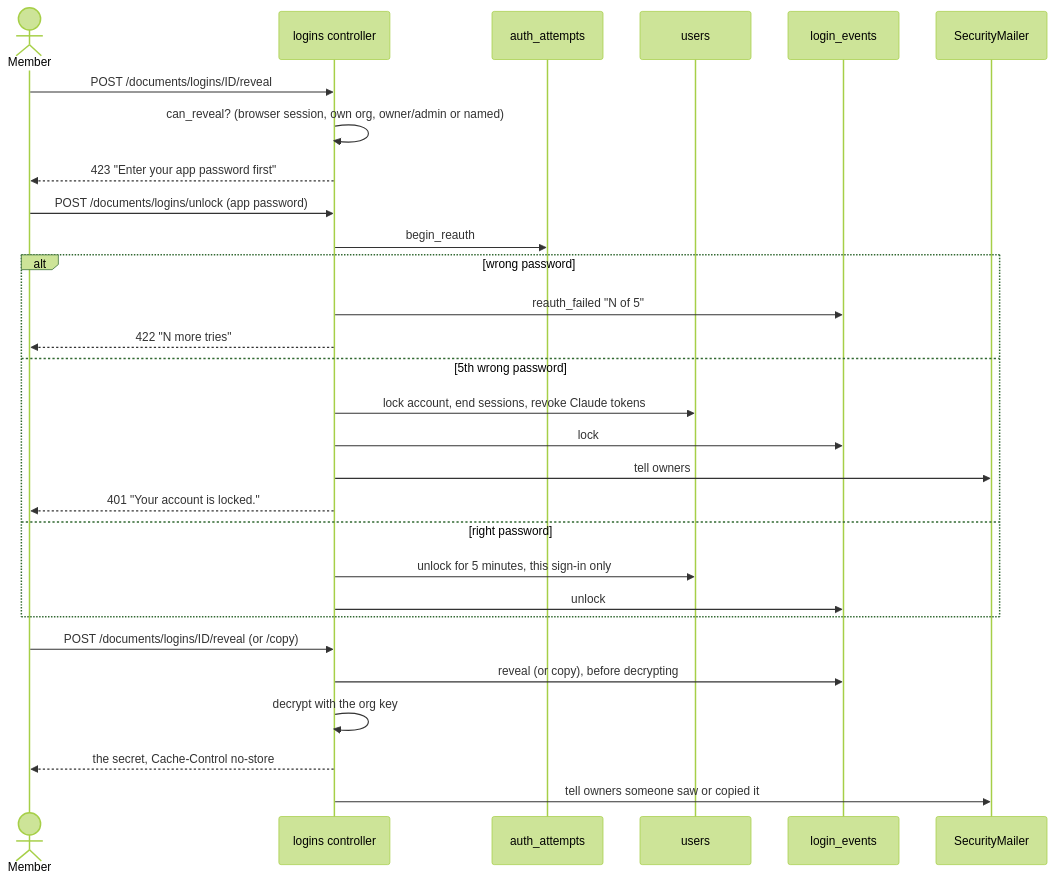
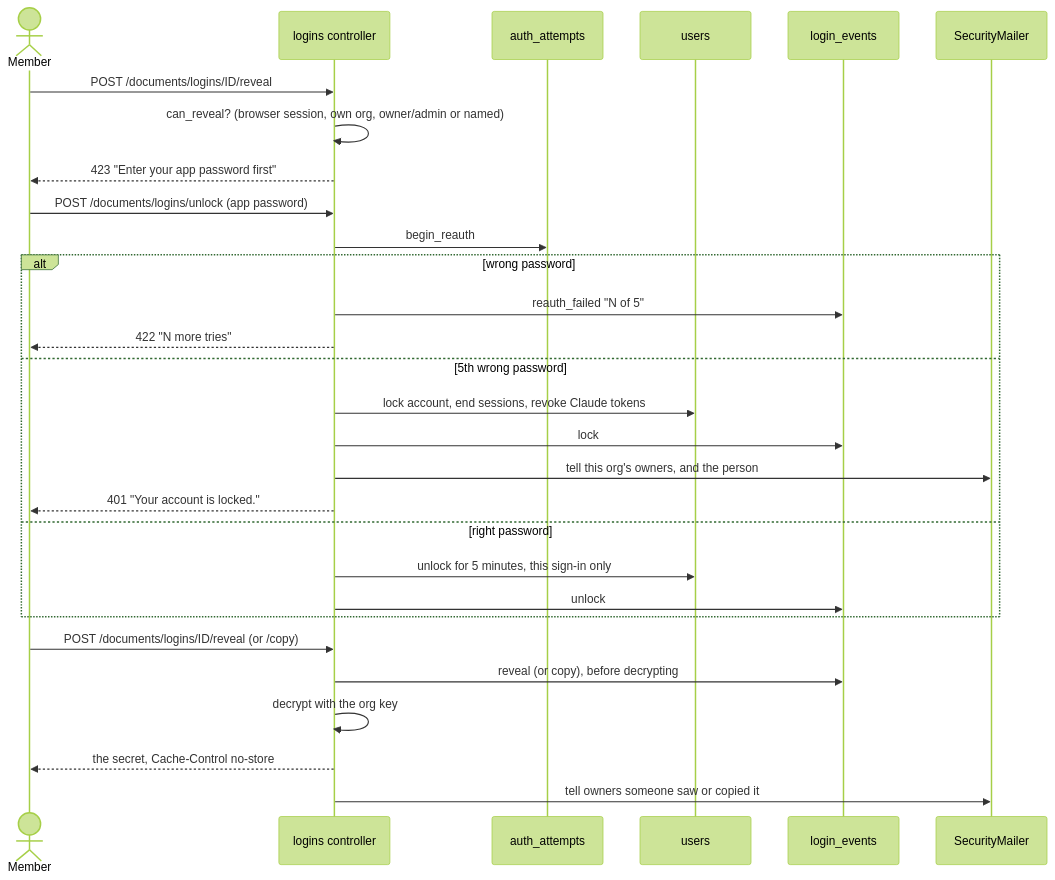
One commit to rajgurung/collaboration_tool changed the third of 3 diagrams in docs/flows/documents.md. Above: the diagram before and after it, drawn with Mermaid (forest theme). The commit also changed other lines of this file and 5 other files, not shown here.

````diff
--- a/docs/flows/documents.md
+++ b/docs/flows/documents.md
@@ -100,31 +100,31 @@
 ```mermaid
 sequenceDiagram
     actor M as Member
     participant L as logins controller
     participant A as auth_attempts
     participant U as users
     participant E as login_events
     participant Mail as SecurityMailer
     M->>L: POST /documents/logins/ID/reveal
     L->>L: can_reveal? (browser session, own org, owner/admin or named)
     L-->>M: 423 "Enter your app password first"
     M->>L: POST /documents/logins/unlock (app password)
     L->>A: begin_reauth
     alt wrong password
         L->>E: reauth_failed "N of 5"
         L-->>M: 422 "N more tries"
     else 5th wrong password
         L->>U: lock account, end sessions, revoke Claude tokens
         L->>E: lock
-        L->>Mail: tell owners
+        L->>Mail: tell this org's owners, and the person
         L-->>M: 401 "Your account is locked."
     else right password
         L->>U: unlock for 5 minutes, this sign-in only
         L->>E: unlock
     end
     M->>L: POST /documents/logins/ID/reveal (or /copy)
     L->>E: reveal (or copy), before decrypting
     L->>L: decrypt with the org key
     L-->>M: the secret, Cache-Control no-store
     L->>Mail: tell owners someone saw or copied it
 ```
````
